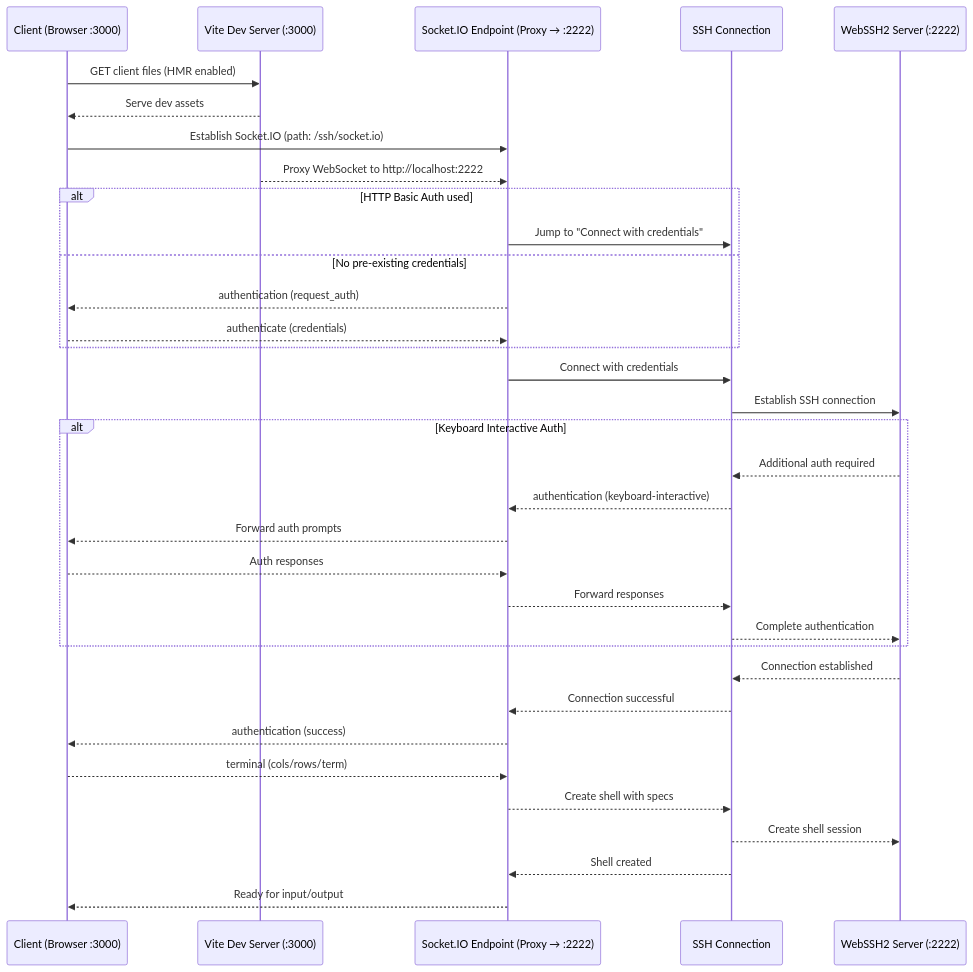
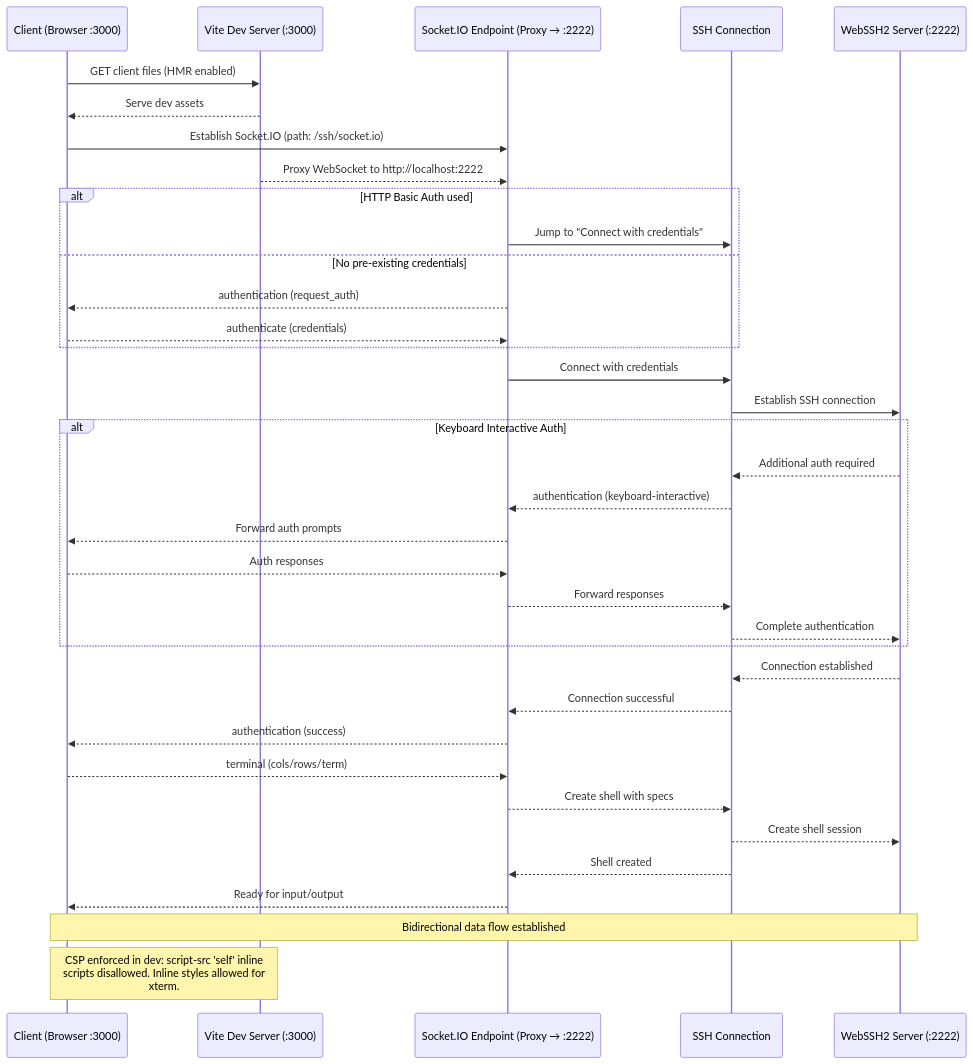
The second of 2 diagrams in FLOWS.md (billchurch/webssh2_client), drawn with Mermaid before and after one commit. The commit also changed other lines of this file and 24 other files, not shown here.

````diff
--- a/FLOWS.md
+++ b/FLOWS.md
@@ -52,42 +52,44 @@
 ```mermaid
 sequenceDiagram
     participant Browser as Client (Browser :3000)
     participant Vite as Vite Dev Server (:3000)
     participant IO as Socket.IO Endpoint (Proxy → :2222)
     participant SSHConn as SSH Connection
     participant SSH as WebSSH2 Server (:2222)
 
     Browser->>Vite: GET client files (HMR enabled)
     Vite-->>Browser: Serve dev assets
 
     Browser->>IO: Establish Socket.IO (path: /ssh/socket.io)
     Vite-->>IO: Proxy WebSocket to http://localhost:2222
 
     alt HTTP Basic Auth used
         IO->>SSHConn: Jump to "Connect with credentials"
     else No pre-existing credentials
         IO-->>Browser: authentication (request_auth)
         Browser-->>IO: authenticate (credentials)
     end
 
     IO->>SSHConn: Connect with credentials
     SSHConn->>SSH: Establish SSH connection
     alt Keyboard Interactive Auth
         SSH-->>SSHConn: Additional auth required
         SSHConn-->>IO: authentication (keyboard-interactive)
         IO-->>Browser: Forward auth prompts
         Browser-->>IO: Auth responses
         IO-->>SSHConn: Forward responses
         SSHConn-->>SSH: Complete authentication
     end
 
     SSH-->>SSHConn: Connection established
     SSHConn-->>IO: Connection successful
     IO-->>Browser: authentication (success)
     Browser-->>IO: terminal (cols/rows/term)
     IO-->>SSHConn: Create shell with specs
     SSHConn-->>SSH: Create shell session
     SSHConn-->>IO: Shell created
     IO-->>Browser: Ready for input/output
+    Note over Browser,SSH: Bidirectional data flow established
+    Note over Browser,Vite: CSP enforced in dev: script-src 'self' inline<br> scripts disallowed. Inline styles allowed for<br>xterm.
 
 ```
````
